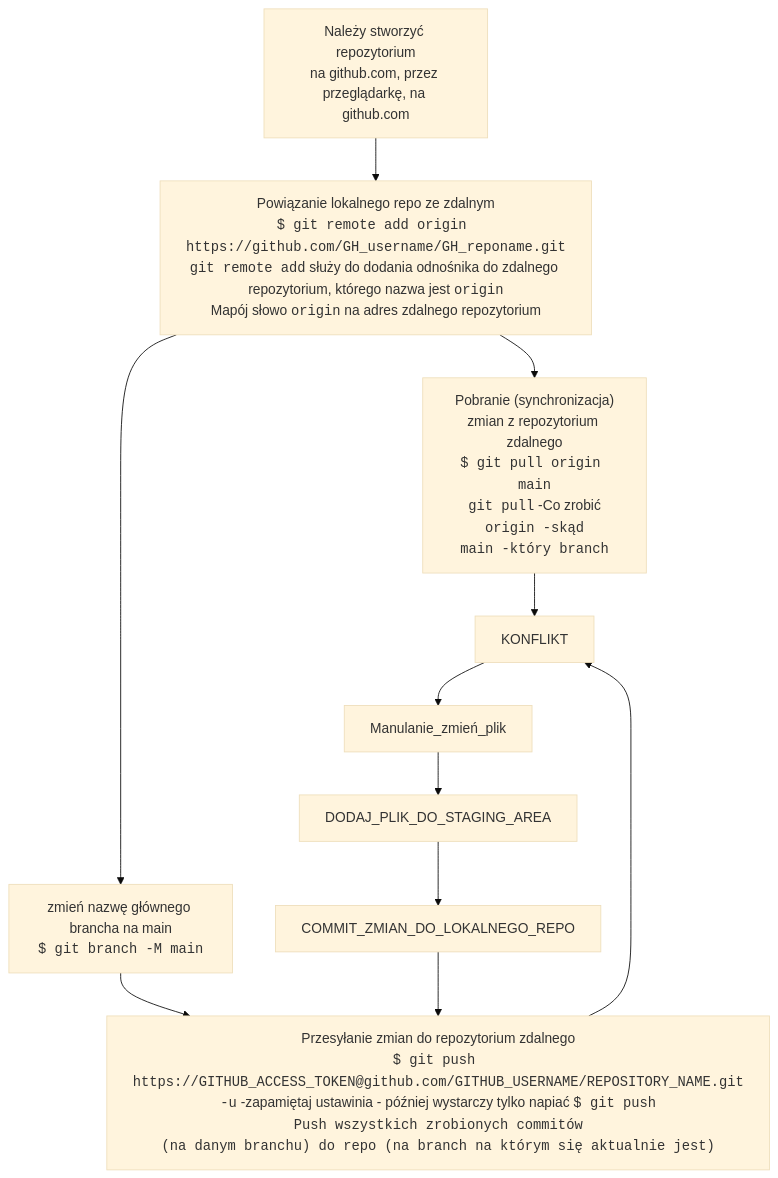
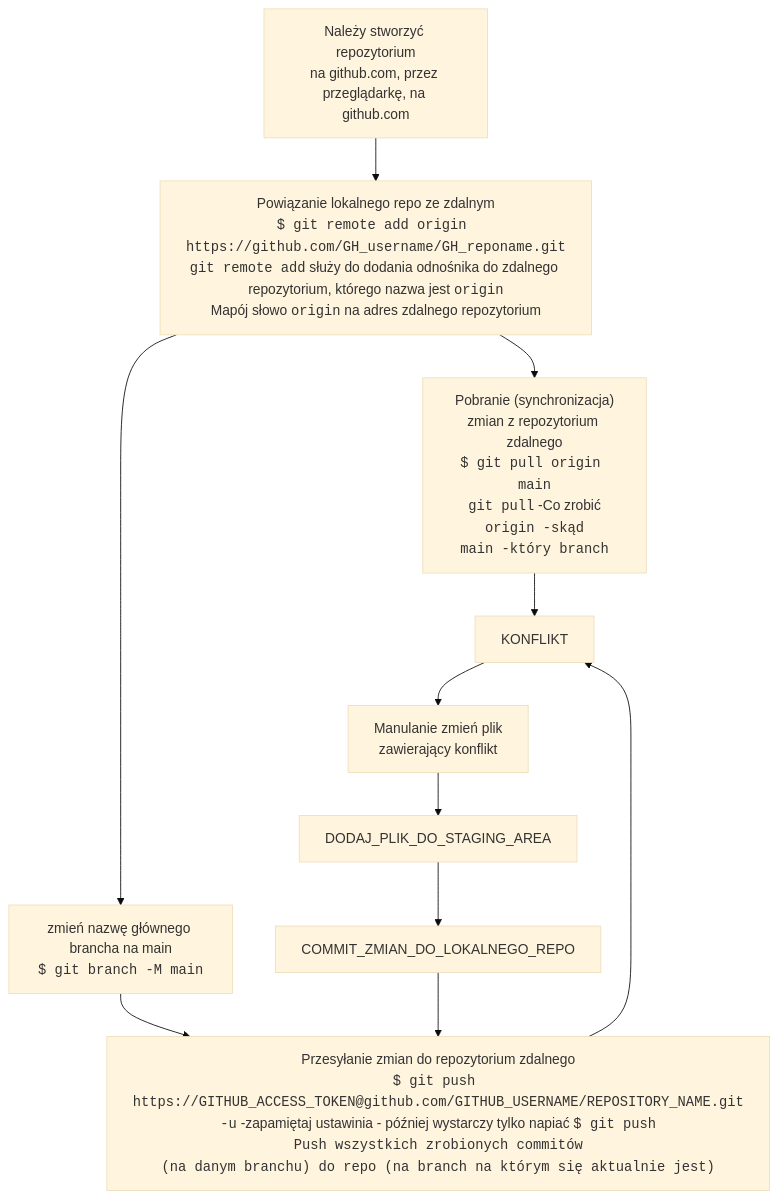
One commit to dankuc237/notatki changed the second of 3 diagrams in git-graph.md. Above: the diagram before and after it, drawn with Mermaid (base theme).

Commit message:
dodanie info w grafach BRANCH

````diff
--- a/git-graph.md
+++ b/git-graph.md
@@ -39,21 +39,22 @@
 ```mermaid
 graph TB
         STWORZ_REPO_NA_GH["Należy stworzyć repozytorium<br>na github.com, przez przeglądarkę, na github.com"]
         POWIAZ_LOKALNE_I_ZDALNE_REPO["Powiązanie lokalnego repo ze zdalnym<br><code>$ git remote add origin https://github.com/GH_username/GH_reponame.git</code><br><code>git remote add</code> służy do dodania odnośnika do zdalnego repozytorium, którego nazwa jest <code>origin</code><br>Mapój słowo <code>origin</code> na adres zdalnego repozytorium"]
         PUSH_DO_GITHUB["Przesyłanie zmian do repozytorium zdalnego<br><code>$ git push https://GITHUB_ACCESS_TOKEN@github.com/GITHUB_USERNAME/REPOSITORY_NAME.git</code><br><code>-u</code> -zapamiętaj ustawinia - później wystarczy tylko napiać <code>$ git push<code><br>Push wszystkich zrobionych commitów<br>(na danym branchu) do repo (na branch na którym się aktualnie jest)"]
         ZMIEN_NAZWE_BRANCH_NA_MAIN["zmień nazwę głównego brancha na main<br><code>$ git branch -M main</code>"]
         UPDATE_LOKALNEGO_REPO_Z_GH["Pobranie (synchronizacja)<br>zmian z repozytorium zdalnego<br><code>$ git pull origin main</code><br><code>git pull</code> -Co zrobić<br><code>origin<code> -skąd<br><code>main</code> -który branch"]
         KONFLIKT
+        KONFLIKT_RESOLVE["Manulanie zmień plik<br>zawierający konflikt"]
 
         POWIAZ_LOKALNE_I_ZDALNE_REPO --> UPDATE_LOKALNEGO_REPO_Z_GH
         POWIAZ_LOKALNE_I_ZDALNE_REPO --> ZMIEN_NAZWE_BRANCH_NA_MAIN
         ZMIEN_NAZWE_BRANCH_NA_MAIN --> PUSH_DO_GITHUB
         STWORZ_REPO_NA_GH --> POWIAZ_LOKALNE_I_ZDALNE_REPO
         COMMIT_ZMIAN_DO_LOKALNEGO_REPO --> PUSH_DO_GITHUB
         PUSH_DO_GITHUB --> KONFLIKT
         UPDATE_LOKALNEGO_REPO_Z_GH --> KONFLIKT
-        KONFLIKT--> Manulanie_zmień_plik
+        KONFLIKT--> KONFLIKT_RESOLVE
         DODAJ_PLIK_DO_STAGING_AREA --> COMMIT_ZMIAN_DO_LOKALNEGO_REPO
-        Manulanie_zmień_plik --> DODAJ_PLIK_DO_STAGING_AREA
+        KONFLIKT_RESOLVE --> DODAJ_PLIK_DO_STAGING_AREA
 
 ```
````
